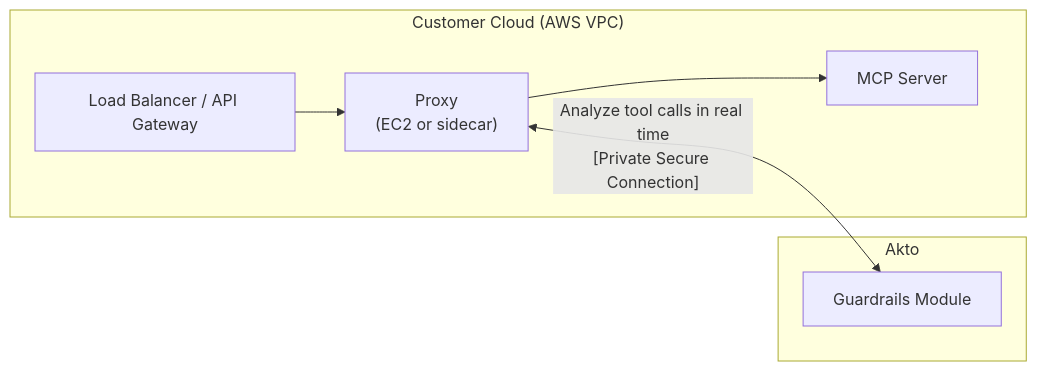
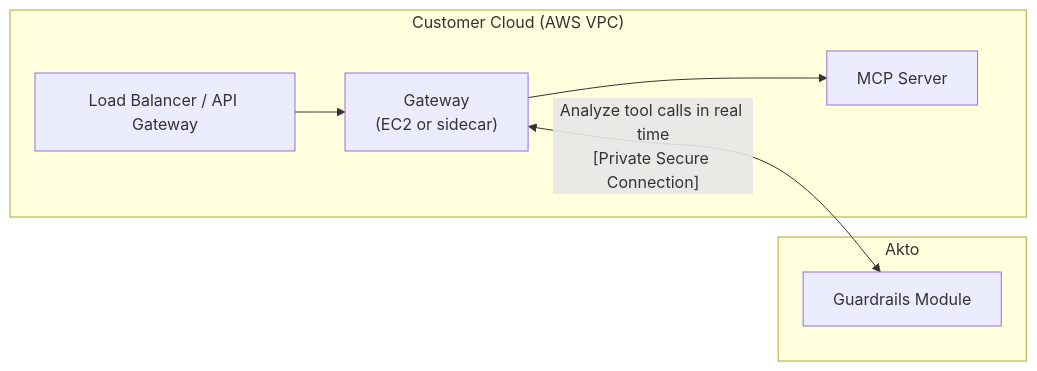
One commit to akto-api-security/Documentation changed the second of 2 diagrams in agentic-guardrails/overview/akto-mcp-proxy.md. Above: the diagram before and after it, drawn with Mermaid. The commit also changed other lines of this file and 8 other files, not shown here.

Commit message:
changing the word proxy to gateway in the docs

````diff
--- a/agentic-guardrails/overview/akto-mcp-proxy.md
+++ b/agentic-guardrails/overview/akto-mcp-proxy.md
@@ -36,17 +36,17 @@
 ```mermaid
 flowchart LR
     subgraph akto["Akto"]
         guardrails["Guardrails Module"]
     end
 
     subgraph vpc["Customer Cloud  (AWS VPC)"]
         lb["Load Balancer / API Gateway"]
-        proxy["Proxy\n(EC2 or sidecar)"]
+        gateway["Gateway\n(EC2 or sidecar)"]
         mcp["MCP Server"]
 
-        lb --> proxy
-        proxy --> mcp
+        lb --> gateway
+        gateway --> mcp
     end
 
-    proxy <-->|"Analyze tool calls in real time\n[Private Secure Connection]"| guardrails
+    gateway <-->|"Analyze tool calls in real time\n[Private Secure Connection]"| guardrails
 ```
````
